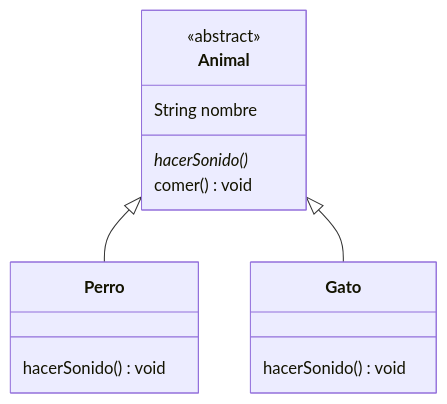
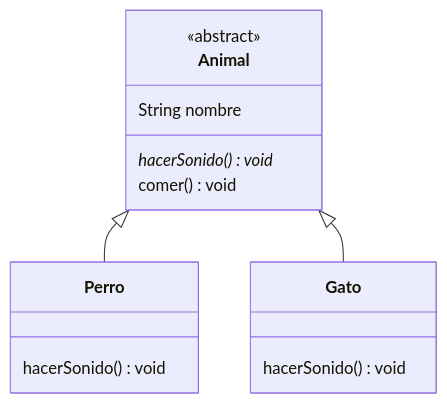
The fifth of 6 diagrams in UD4_Introducción_POO_diagramas_UML_diagramas_clases/ud04_1_introduccion_poo_uml.md (danielmartinan/entornos_desarrollo_2024-25), drawn with Mermaid before and after one commit. The commit also changed other lines of this file and 7 other files, not shown here.

````diff
--- a/UD4_Introducción_POO_diagramas_UML_diagramas_clases/ud04_1_introduccion_poo_uml.md
+++ b/UD4_Introducción_POO_diagramas_UML_diagramas_clases/ud04_1_introduccion_poo_uml.md
@@ -700,20 +703,20 @@
 ``` mermaid  
 classDiagram 
     class Animal {
         <<abstract>>
         String nombre
-        hacerSonido()*
+        hacerSonido() void*
         comer() void
     }
 
     class Perro {
         hacerSonido() void
     }
 
     class Gato {
         hacerSonido() void
     }
 
     Animal <|-- Perro
     Animal <|-- Gato
 ```
````
